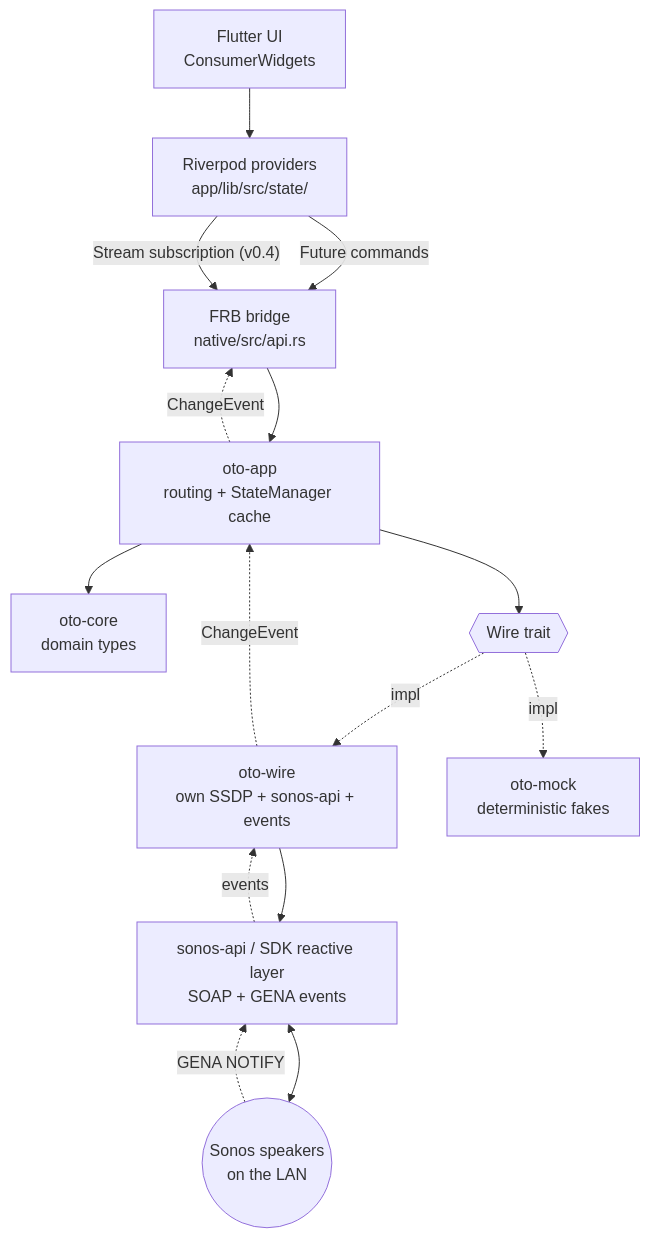
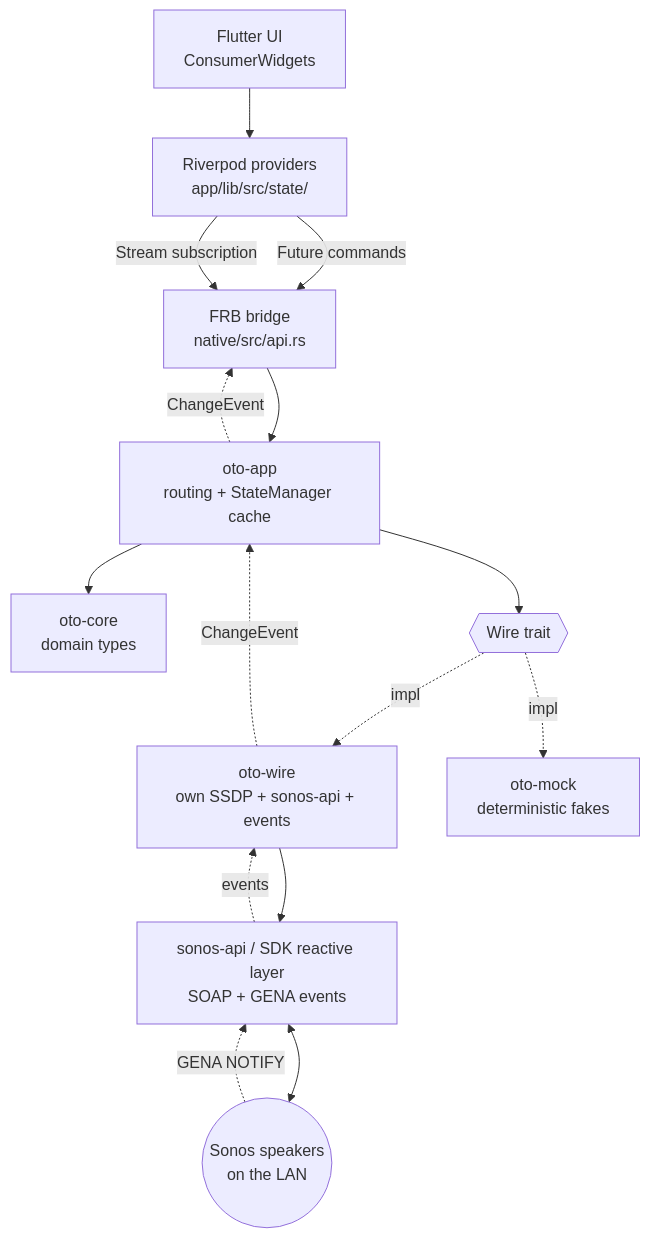
Before and after one commit to Oszkar/oto: the first of 3 diagrams in docs/ARCHITECTURE.md, drawn with Mermaid. The commit also changed other lines of this file and 16 other files, not shown here.

````diff
--- a/docs/ARCHITECTURE.md
+++ b/docs/ARCHITECTURE.md
@@ -9,28 +9,28 @@
 ```mermaid
 flowchart TD
     UI["Flutter UI<br/>ConsumerWidgets"]
     RP["Riverpod providers<br/>app/lib/src/state/"]
     FRB["FRB bridge<br/>native/src/api.rs"]
     APP["oto-app<br/>routing + StateManager cache"]
     CORE["oto-core<br/>domain types"]
     WIRE{{"Wire trait"}}
     WIREIMPL["oto-wire<br/>own SSDP + sonos-api + events"]
     MOCK["oto-mock<br/>deterministic fakes"]
     SDK["sonos-api / SDK reactive layer<br/>SOAP + GENA events"]
     NET(("Sonos speakers<br/>on the LAN"))
 
     UI --> RP
     RP -->|"Future commands"| FRB
-    RP -->|"Stream subscription (v0.4)"| FRB
+    RP -->|"Stream subscription"| FRB
     FRB --> APP
     APP --> CORE
     APP --> WIRE
     WIRE -.impl.-> WIREIMPL
     WIRE -.impl.-> MOCK
     WIREIMPL --> SDK
     SDK <--> NET
     NET -.GENA NOTIFY.-> SDK
     SDK -.events.-> WIREIMPL
     WIREIMPL -.ChangeEvent.-> APP
     APP -.ChangeEvent.-> FRB
 ```
````
